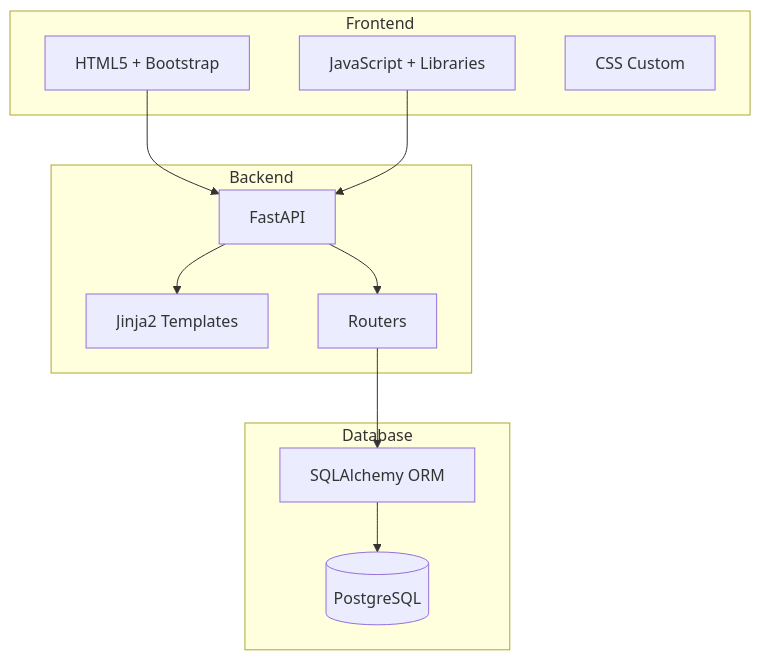
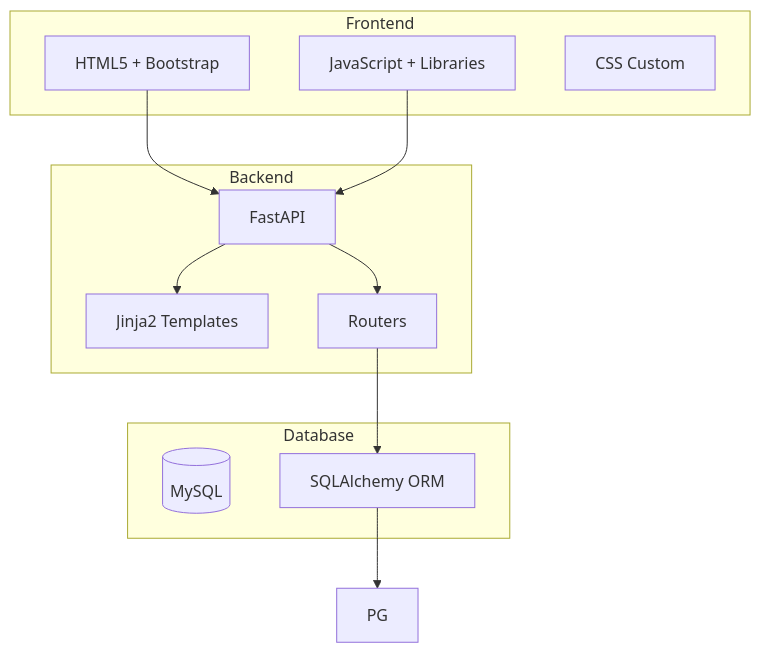
The first of 3 diagrams in README.md (jhonsferg/Taskfusion), drawn with Mermaid before and after one commit. The commit also changed other lines of this file and 6 other files, not shown here.

First line of the commit message:
Migrate from PostgreSQL to MySQL

````diff
--- a/README.md
+++ b/README.md
@@ -743,26 +743,26 @@
 ```mermaid
 graph TB
     subgraph Frontend
         HTML[HTML5 + Bootstrap]
         JS[JavaScript + Libraries]
         CSS[CSS Custom]
     end
 
     subgraph Backend
         API[FastAPI]
         Jinja[Jinja2 Templates]
         Routes[Routers]
     end
 
     subgraph Database
-        PG[(PostgreSQL)]
+        MySQL[(MySQL)]
         ORM[SQLAlchemy ORM]
     end
 
     HTML --> API
     JS --> API
     API --> Jinja
     API --> Routes
     Routes --> ORM
     ORM --> PG
 ```
````
